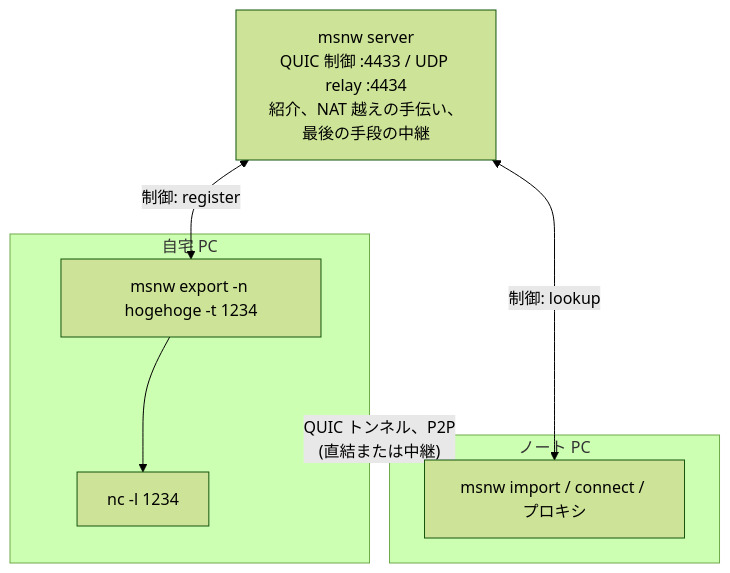
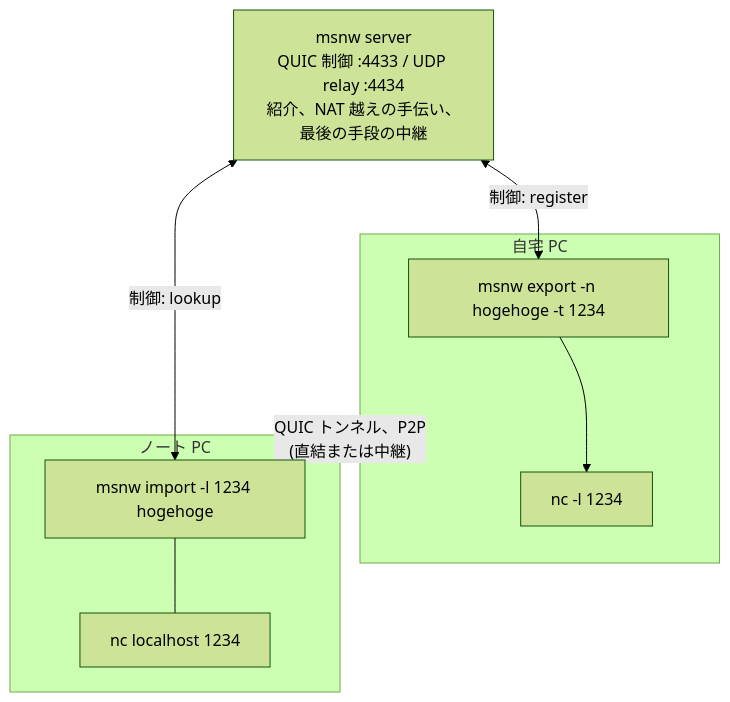
Before and after one commit to ikeji/mysmallnetwork: the first of 6 diagrams in README.ja.md, drawn with Mermaid (forest theme). The commit also changed other lines of this file and 1 other file, not shown here.

````diff
--- a/README.ja.md
+++ b/README.ja.md
@@ -7,13 +7,13 @@
 ```mermaid
 flowchart TB
     srv["msnw server<br/>QUIC 制御 :4433 / UDP relay :4434<br/>紹介、NAT 越えの手伝い、最後の手段の中継"]
     subgraph home["自宅 PC"]
         ex["msnw export -n hogehoge -t 1234"] --> svc["nc -l 1234"]
     end
     subgraph laptop["ノート PC"]
-        im["msnw import / connect / プロキシ"]
+        im["msnw import -l 1234 hogehoge"] --- app["nc localhost 1234"]
     end
     srv <-->|"制御: register"| ex
     srv <-->|"制御: lookup"| im
     home <==>|"QUIC トンネル、P2P<br/>(直結または中継)"| laptop
 ```
````
